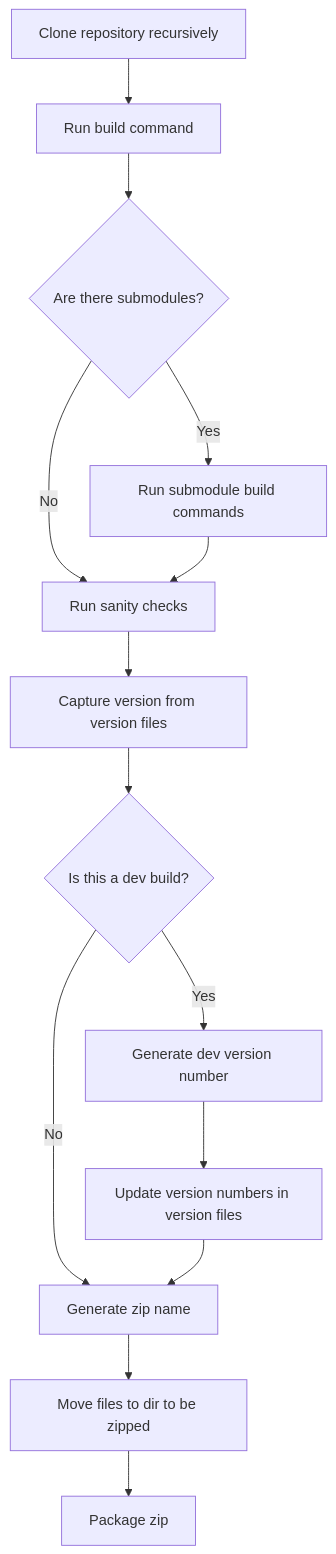
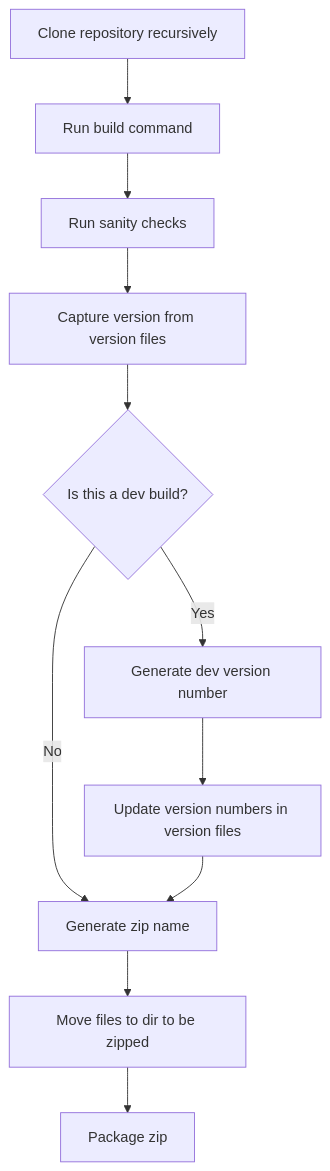
One commit to stellarwp/pup changed the diagram in docs/flow.md. Above: the diagram before and after it, drawn with Mermaid. The commit also changed 1 other file, not shown here.

Commit message:
Simplify build steps

````diff
--- a/docs/flow.md
+++ b/docs/flow.md
@@ -3,29 +3,24 @@
 ```mermaid
 flowchart TD
     clone[Clone repository recursively]
     build[Run build command]
-    hasSubmodules{Are there submodules?}
-    submoduleBuild[Run submodule build commands]
     captureVersion[Capture version from version files]
     isDev{Is this a dev build?}
     generateDevVersion[Generate dev version number]
     updateVersionNumbers[Update version numbers in version files]
     generateZipName[Generate zip name]
     buildZipDir[Move files to dir to be zipped]
     runChecks[Run sanity checks]
     packageZip[Package zip]
     
     clone --> build
-    build --> hasSubmodules
-    hasSubmodules --> |Yes| submoduleBuild
-    hasSubmodules --> |No| runChecks
-    submoduleBuild --> runChecks
+    build --> runChecks
     runChecks --> captureVersion
     captureVersion --> isDev
     isDev --> |Yes| generateDevVersion
     isDev --> |No| generateZipName
     generateDevVersion --> updateVersionNumbers
     updateVersionNumbers --> generateZipName
     generateZipName --> buildZipDir
     buildZipDir --> packageZip
 ```
````
